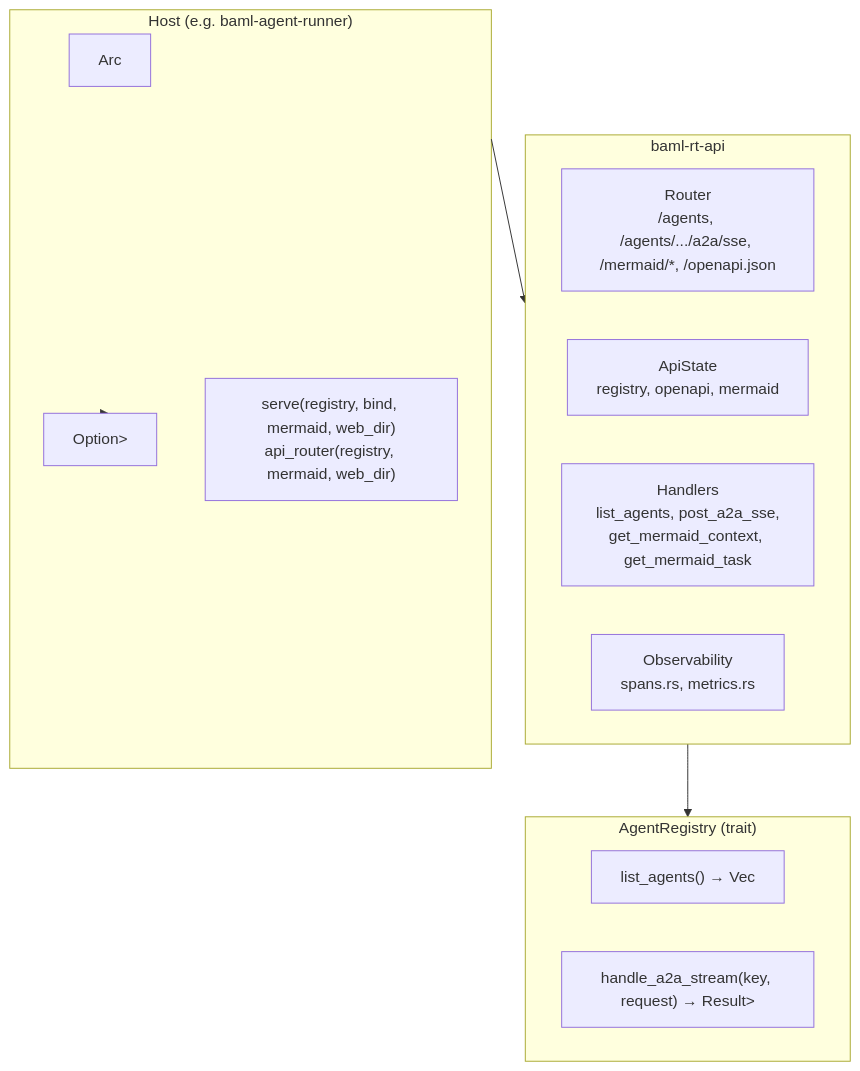
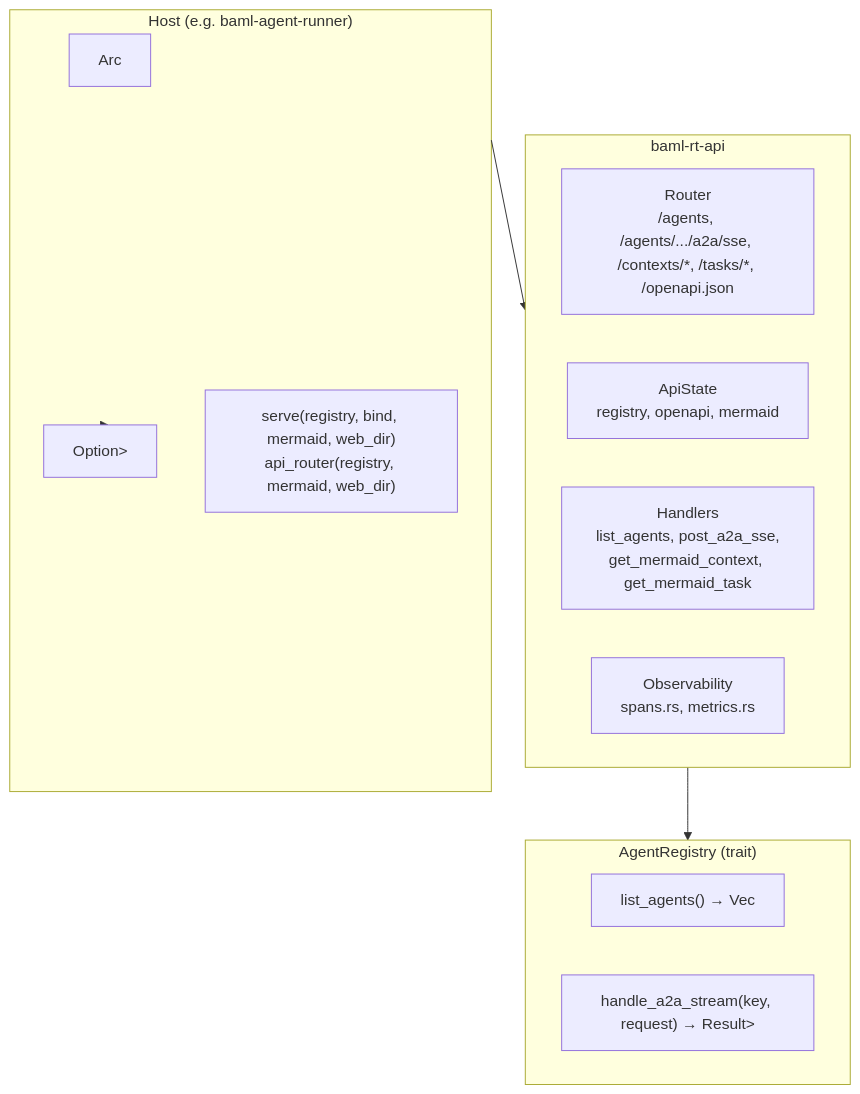
One commit to semiotic-agentium/agentium-os changed the diagram in crates/baml-rt-api/README.md. Above: the diagram before and after it, drawn with Mermaid. The commit also changed other lines of this file and 9 other files, not shown here.

````diff
--- a/crates/baml-rt-api/README.md
+++ b/crates/baml-rt-api/README.md
@@ -9,24 +9,24 @@
 ```mermaid
 flowchart TB
   subgraph Host["Host (e.g. baml-agent-runner)"]
     Registry["Arc<dyn AgentRegistry>"]
     Mermaid["Option<Arc<dyn MermaidService>>"]
     Entry["serve(registry, bind, mermaid, web_dir)\napi_router(registry, mermaid, web_dir)"]
   end
 
   subgraph API["baml-rt-api"]
-    Router["Router\n/agents, /agents/.../a2a/sse, /mermaid/*, /openapi.json"]
+    Router["Router\n/agents, /agents/.../a2a/sse, /contexts/*, /tasks/*, /openapi.json"]
     State["ApiState\nregistry, openapi, mermaid"]
     Handlers["Handlers\nlist_agents, post_a2a_sse,\nget_mermaid_context, get_mermaid_task"]
     Obs["Observability\nspans.rs, metrics.rs"]
   end
 
   subgraph Trait["AgentRegistry (trait)"]
     List["list_agents() → Vec<AgentDiscoveryEntry>"]
     A2a["handle_a2a_stream(key, request) → Result<BusStream<Value>>"]
   end
 
   Host --> API
   Host --> Mermaid
   API --> Trait
 ```
````
